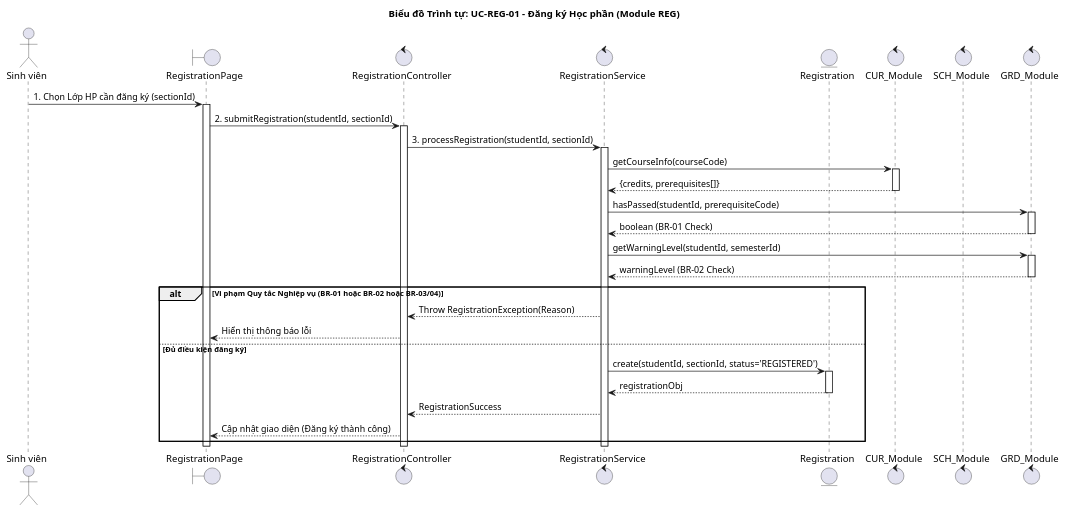
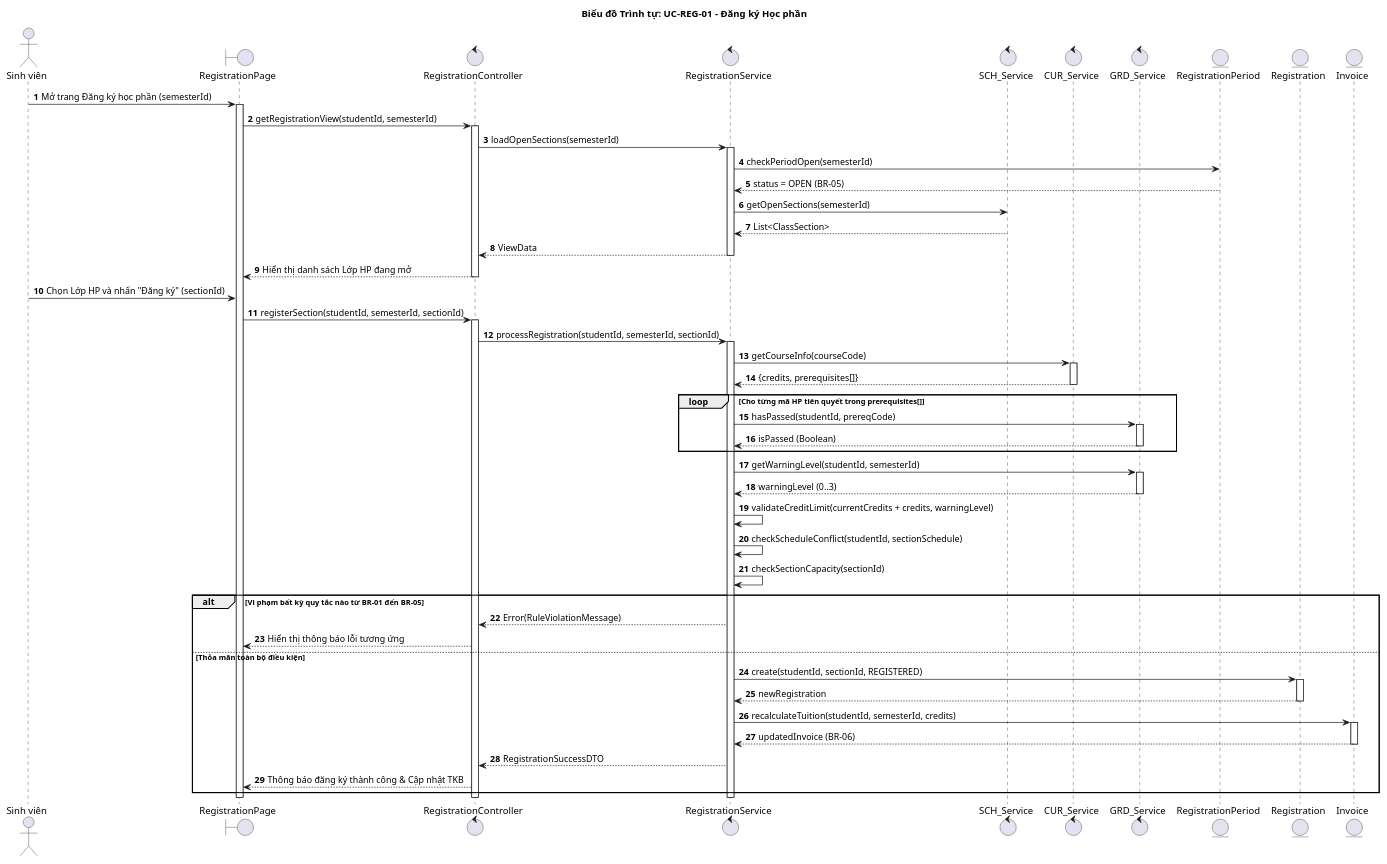
One commit to cacancap/IT3120_QuanLyDaoTao changed the diagram in diagrams/03-reg/UC-REG-01-sequence.puml. Above: the diagram before and after it, drawn with PlantUML. The commit also changed 24 other files, not shown here.

```diff
--- a/diagrams/03-reg/UC-REG-01-sequence.puml
+++ b/diagrams/03-reg/UC-REG-01-sequence.puml
@@ -1,56 +1,83 @@
 @startuml UC-REG-01-sequence
-title Biểu đồ Trình tự: UC-REG-01 - Đăng ký Học phần (Module REG)
+autonumber
+title Biểu đồ Trình tự: UC-REG-01 - Đăng ký Học phần
 
-actor "Sinh viên" as Student
-boundary "RegistrationPage" as Page
+actor "Sinh viên" as SV
+boundary "RegistrationPage" as UI
 control "RegistrationController" as Ctrl
-control "RegistrationService" as Service
-entity "Registration" as RegEntity
+control "RegistrationService" as RegSvc
+control "SCH_Service" as SchSvc
+control "CUR_Service" as CurSvc
+control "GRD_Service" as GrdSvc
+entity "RegistrationPeriod" as PeriodEnt
+entity "Registration" as RegEnt
+entity "Invoice" as InvEnt
 
-' Khai báo tương tác Interface với các Module khác
-control "CUR_Module" as CUR
-control "SCH_Module" as SCH
-control "GRD_Module" as GRD
+SV -> UI : Mở trang Đăng ký học phần (semesterId)
+activate UI
+UI -> Ctrl : getRegistrationView(studentId, semesterId)
+activate Ctrl
+Ctrl -> RegSvc : loadOpenSections(semesterId)
+activate RegSvc
+RegSvc -> PeriodEnt : checkPeriodOpen(semesterId)
+PeriodEnt --> RegSvc : status = OPEN (BR-05)
+RegSvc -> SchSvc : getOpenSections(semesterId)
+SchSvc --> RegSvc : List<ClassSection>
+RegSvc --> Ctrl : ViewData
+deactivate RegSvc
+Ctrl --> UI : Hiển thị danh sách Lớp HP đang mở
+deactivate Ctrl
 
-Student -> Page: 1. Chọn Lớp HP cần đăng ký (sectionId)
-activate Page
+SV -> UI : Chọn Lớp HP và nhấn "Đăng ký" (sectionId)
+UI -> Ctrl : registerSection(studentId, semesterId, sectionId)
+activate Ctrl
+Ctrl -> RegSvc : processRegistration(studentId, semesterId, sectionId)
+activate RegSvc
 
-Page -> Ctrl: 2. submitRegistration(studentId, sectionId)
-activate Ctrl
+' 1. Lấy thông tin học phần và tiên quyết từ CUR
+RegSvc -> CurSvc : getCourseInfo(courseCode)
+activate CurSvc
+CurSvc --> RegSvc : {credits, prerequisites[]}
+deactivate CurSvc
 
-Ctrl -> Service: 3. processRegistration(studentId, sectionId)
-activate Service
-
-' Kiểm tra điều kiện qua các Module
-Service -> CUR: getCourseInfo(courseCode)
-activate CUR
-CUR --> Service: {credits, prerequisites[]}
-deactivate CUR
-
-Service -> GRD: hasPassed(studentId, prerequisiteCode)
-activate GRD
-GRD --> Service: boolean (BR-01 Check)
-deactivate GRD
-
-Service -> GRD: getWarningLevel(studentId, semesterId)
-activate GRD
-GRD --> Service: warningLevel (BR-02 Check)
-deactivate GRD
-
-alt Vi phạm Quy tắc Nghiệp vụ (BR-01 hoặc BR-02 hoặc BR-03/04)
-    Service --> Ctrl: Throw RegistrationException(Reason)
-    Ctrl --> Page: Hiển thị thông báo lỗi
-else Đủ điều kiện đăng ký
-    Service -> RegEntity: create(studentId, sectionId, status='REGISTERED')
-    activate RegEntity
-    RegEntity --> Service: registrationObj
-    deactivate RegEntity
-    
-    Service --> Ctrl: RegistrationSuccess
-    Ctrl --> Page: Cập nhật giao diện (Đăng ký thành công)
+' 2. Kiểm tra điều kiện tiên quyết BR-01 qua GRD
+loop Cho từng mã HP tiên quyết trong prerequisites[]
+    RegSvc -> GrdSvc : hasPassed(studentId, prereqCode)
+    activate GrdSvc
+    GrdSvc --> RegSvc : isPassed (Boolean)
+    deactivate GrdSvc
 end
 
-deactivate Service
+' 3. Kiểm tra giới hạn tín chỉ theo mức cảnh báo học vụ BR-02 qua GRD
+RegSvc -> GrdSvc : getWarningLevel(studentId, semesterId)
+activate GrdSvc
+GrdSvc --> RegSvc : warningLevel (0..3)
+deactivate GrdSvc
+RegSvc -> RegSvc : validateCreditLimit(currentCredits + credits, warningLevel)
+
+' 4. Kiểm tra trùng lịch BR-03 và sĩ số BR-04
+RegSvc -> RegSvc : checkScheduleConflict(studentId, sectionSchedule)
+RegSvc -> RegSvc : checkSectionCapacity(sectionId)
+
+alt Vi phạm bất kỳ quy tắc nào từ BR-01 đến BR-05
+    RegSvc --> Ctrl : Error(RuleViolationMessage)
+    Ctrl --> UI : Hiển thị thông báo lỗi tương ứng
+else Thỏa mãn toàn bộ điều kiện
+    RegSvc -> RegEnt : create(studentId, sectionId, REGISTERED)
+    activate RegEnt
+    RegEnt --> RegSvc : newRegistration
+    deactivate RegEnt
+    
+    RegSvc -> InvEnt : recalculateTuition(studentId, semesterId, credits)
+    activate InvEnt
+    InvEnt --> RegSvc : updatedInvoice (BR-06)
+    deactivate InvEnt
+    
+    RegSvc --> Ctrl : RegistrationSuccessDTO
+    Ctrl --> UI : Thông báo đăng ký thành công & Cập nhật TKB
+end
+
+deactivate RegSvc
 deactivate Ctrl
-deactivate Page
-@endstyle
+deactivate UI
+@enduml
```
